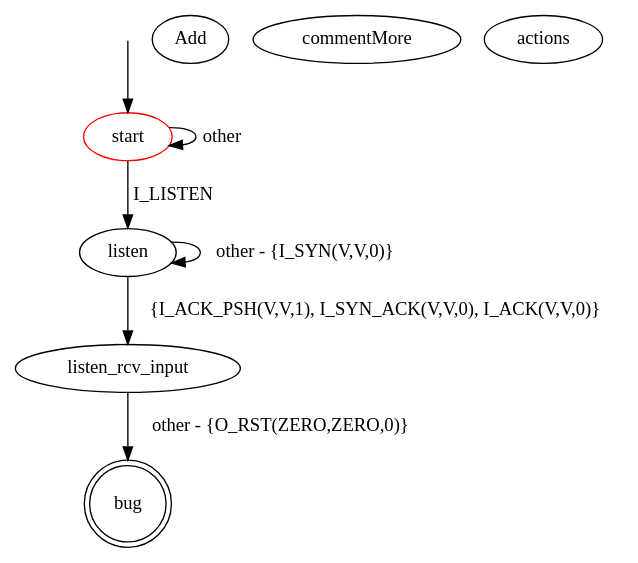
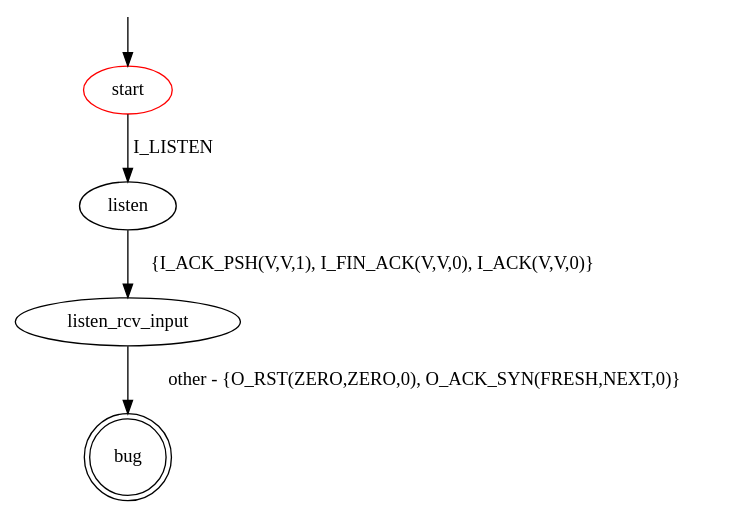
Before and after one commit to assist-project/state-machine-bug-finder: the diagram in src/main/resources/patterns/tcp/server/rst_absence_on_listen_state.dot, drawn with Graphviz. The commit also changed 19 other files, not shown here.

```diff
--- a/src/main/resources/patterns/tcp/server/rst_absence_on_listen_state.dot
+++ b/src/main/resources/patterns/tcp/server/rst_absence_on_listen_state.dot
@@ -1,14 +1,12 @@
 digraph G {
 label=""
 start [color="red"]
 bug [shape="doublecircle"]
 
 start -> listen[label="I_LISTEN"]
-start -> start [label="other"]
-listen -> listen [label="other - {I_SYN(V,V,0)}"]
-listen -> listen_rcv_input [label="{I_ACK_PSH(V,V,1), I_SYN_ACK(V,V,0), I_ACK(V,V,0)}"]
-listen_rcv_input -> bug [label="other - {O_RST(ZERO,ZERO,0)}"]Add commentMore actions
+listen -> listen_rcv_input [label="{I_ACK_PSH(V,V,1), I_FIN_ACK(V,V,0), I_ACK(V,V,0)}"]
+listen_rcv_input -> bug [label="other - {O_RST(ZERO,ZERO,0), O_ACK_SYN(FRESH,NEXT,0)}"]
 
 __start0 [label="" shape="none" width="0" height="0"];
 __start0 -> start;
 }
```
